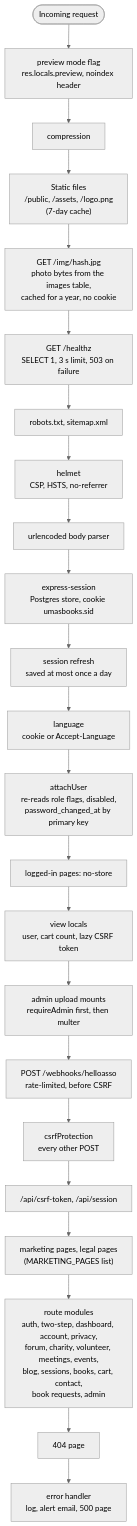
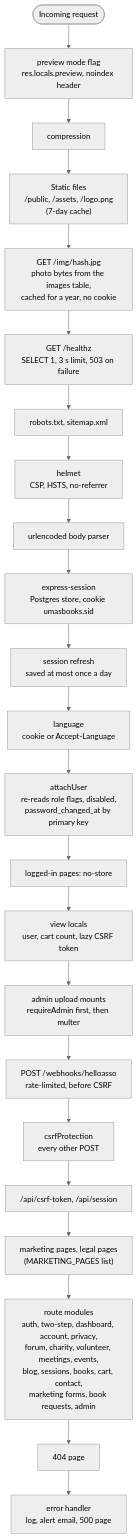
Before and after one commit to umasbooksadmin/umasbookswebsite: the third of 15 diagrams in docs/architecture.md, drawn with Mermaid (neutral theme). The commit also changed other lines of this file and 53 other files, not shown here.

First line of the commit message:
Server-side forms with retention, privacy policy completeness, covers on our own server (#210)

````diff
--- a/docs/architecture.md
+++ b/docs/architecture.md
@@ -220,25 +220,25 @@
 ```mermaid
 flowchart TD
   R([Incoming request]) --> PV["preview mode flag<br/>res.locals.preview, noindex header"]
   PV --> C["compression"]
   C --> S1["Static files<br/>/public, /assets, /logo.png<br/>(7-day cache)"]
   S1 --> IM["GET /img/hash.jpg<br/>photo bytes from the images table,<br/>cached for a year, no cookie"]
   IM --> H["GET /healthz<br/>SELECT 1, 3 s limit, 503 on failure"]
   H --> SEO["robots.txt, sitemap.xml"]
   SEO --> HEL["helmet<br/>CSP, HSTS, no-referrer"]
   HEL --> U["urlencoded body parser"]
   U --> SES["express-session<br/>Postgres store, cookie umasbooks.sid"]
   SES --> REF["session refresh<br/>saved at most once a day"]
   REF --> LG["language<br/>cookie or Accept-Language"]
   LG --> AU["attachUser<br/>re-reads role flags, disabled,<br/>password_changed_at by primary key"]
   AU --> NS["logged-in pages: no-store"]
   NS --> LOC["view locals<br/>user, cart count, lazy CSRF token"]
   LOC --> UP["admin upload mounts<br/>requireAdmin first, then multer"]
   UP --> WH["POST /webhooks/helloasso<br/>rate-limited, before CSRF"]
   WH --> CS["csrfProtection<br/>every other POST"]
   CS --> API["/api/csrf-token, /api/session"]
   API --> MK["marketing pages, legal pages<br/>(MARKETING_PAGES list)"]
-  MK --> RM["route modules<br/>auth, two-step, dashboard, account, privacy,<br/>forum, charity, volunteer, meetings, events,<br/>blog, sessions, books, cart, contact,<br/>book requests, admin"]
+  MK --> RM["route modules<br/>auth, two-step, dashboard, account, privacy,<br/>forum, charity, volunteer, meetings, events,<br/>blog, sessions, books, cart, contact,<br/>marketing forms, book requests, admin"]
   RM --> NF["404 page"]
   NF --> ER["error handler<br/>log, alert email, 500 page"]
 ```
````
